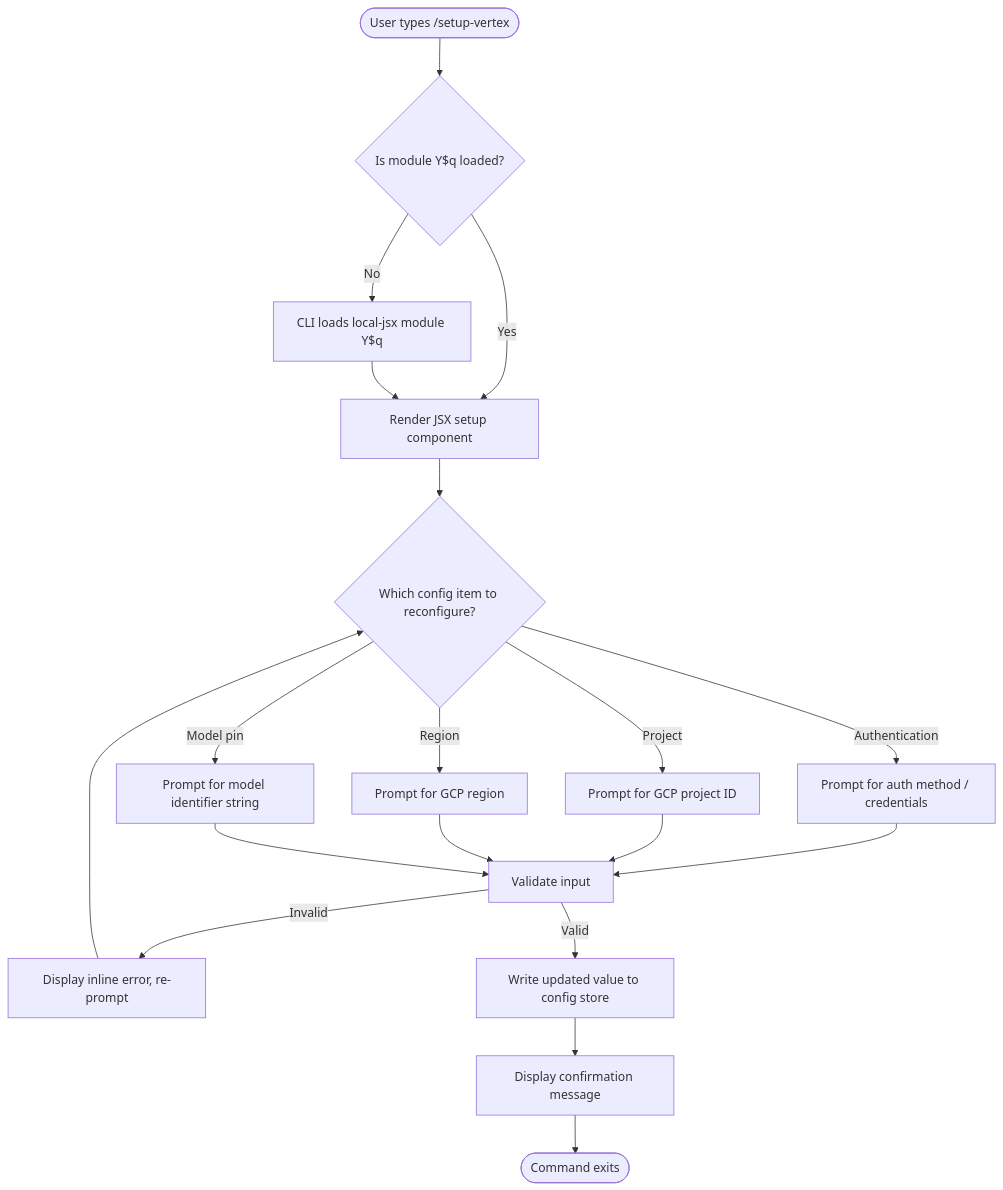
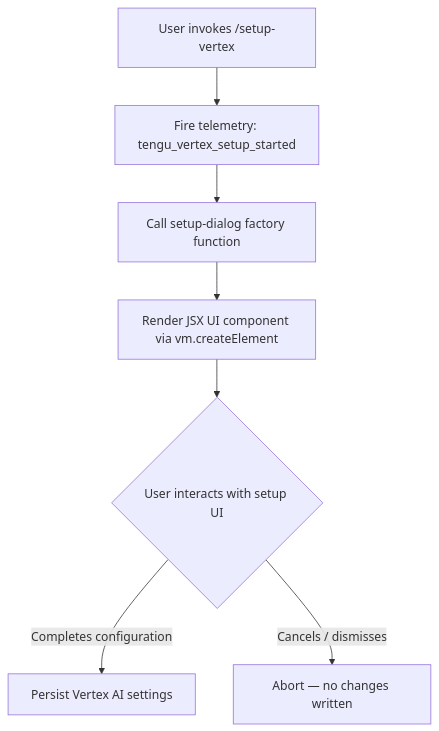
Before and after one commit to MyLittleLuckyDog/cc-gnothi: the diagram in versions/v2.1.139/setup-vertex.md, drawn with Mermaid. The commit also changed other lines of this file and 97 other files, not shown here.

````diff
--- a/versions/v2.1.139/setup-vertex.md
+++ b/versions/v2.1.139/setup-vertex.md
@@ -46,24 +55,9 @@
 ```mermaid
 flowchart TD
-    A([User types /setup-vertex]) --> B{Is module Y$q loaded?}
-    B -- No --> C[CLI loads local-jsx module Y$q]
-    B -- Yes --> D[Render JSX setup component]
-    C --> D
-
-    D --> E{Which config item to reconfigure?}
-    E -- Authentication --> F[Prompt for auth method / credentials]
-    E -- Project --> G[Prompt for GCP project ID]
-    E -- Region --> H[Prompt for GCP region]
-    E -- Model pin --> I[Prompt for model identifier string]
-
-    F --> J[Validate input]
-    G --> J
-    H --> J
-    I --> J
-
-    J -- Invalid --> K[Display inline error, re-prompt]
-    K --> E
-    J -- Valid --> L[Write updated value to config store]
-    L --> M[Display confirmation message]
-    M --> N([Command exits])
+    A[User invokes /setup-vertex] --> B[Fire telemetry: tengu_vertex_setup_started]
+    B --> C[Call setup-dialog factory function]
+    C --> D[Render JSX UI component via vm.createElement]
+    D --> E{User interacts with setup UI}
+    E -->|Completes configuration| F[Persist Vertex AI settings]
+    E -->|Cancels / dismisses| G[Abort — no changes written]
 ```
````
